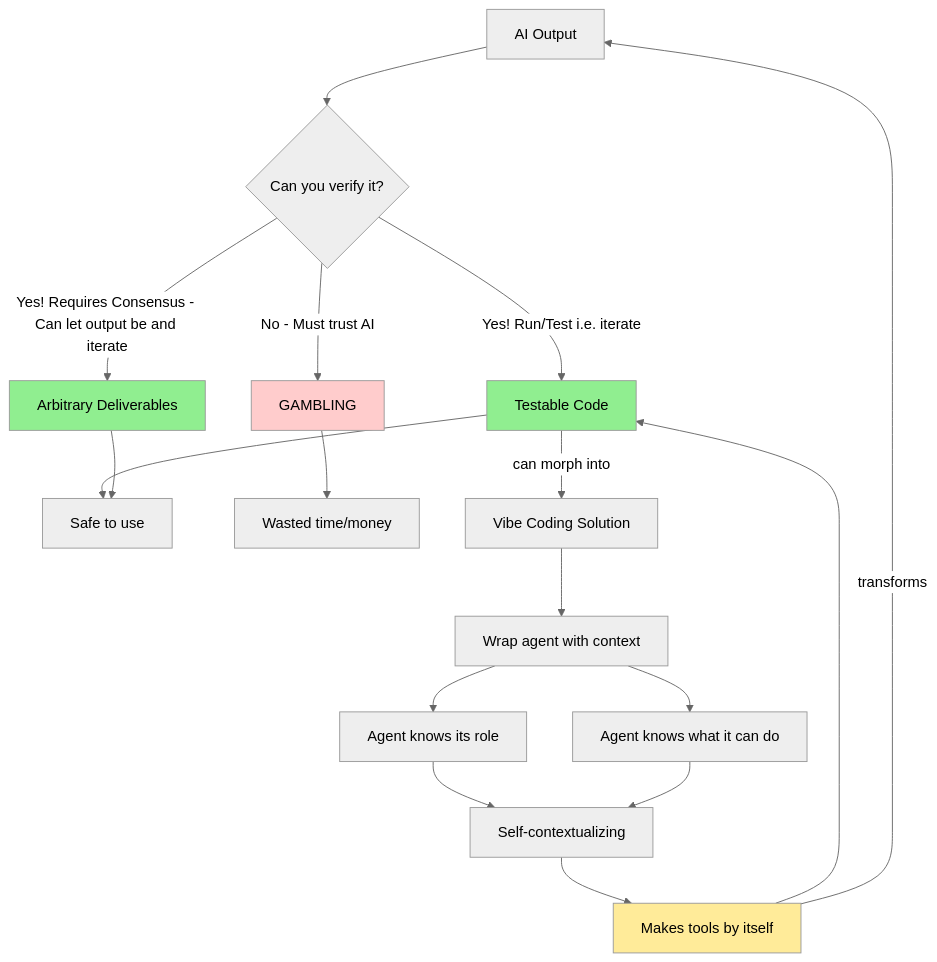
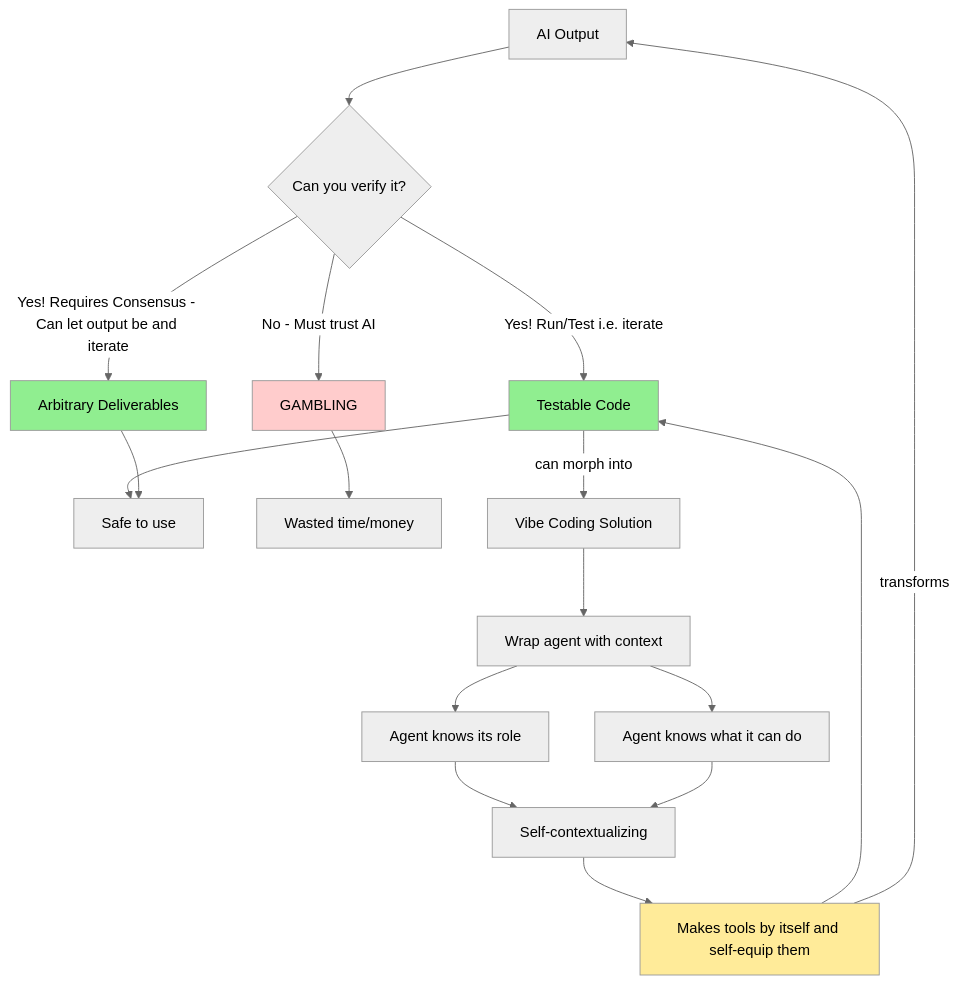
Before and after one commit to sancovp/starship-mcp: the diagram in docs/diagrams/0_BaseSituation.mermaid, drawn with Mermaid (neutral theme).

```diff
--- a/docs/diagrams/0_BaseSituation.mermaid
+++ b/docs/diagrams/0_BaseSituation.mermaid
@@ -1,24 +1,24 @@
 flowchart TD
     A[AI Output] --> B{Can you verify it?}
     B -->|Yes! Run/Test i.e. iterate| C[Testable Code]
     B -->|Yes! Requires Consensus - Can let output be and iterate| D[Arbitrary Deliverables]
     B -->|No - Must trust AI| E[GAMBLING]
     
     C --> F[Safe to use]
     D --> F
     E --> G[Wasted time/money]
     
     H[Vibe Coding Solution] --> I[Wrap agent with context]
     I --> J[Agent knows its role]
     I --> K[Agent knows what it can do]
     J --> L[Self-contextualizing]
     K --> L
-    L --> M[Makes tools by itself]
+    L --> M[Makes tools by itself and self-equip them]
     M --> C
     C -->|can morph into| H
     M -->|transforms| A
     
     style C fill:#90EE90
     style D fill:#90EE90
     style E fill:#ffcccc
     style M fill:#ffeb99
```
